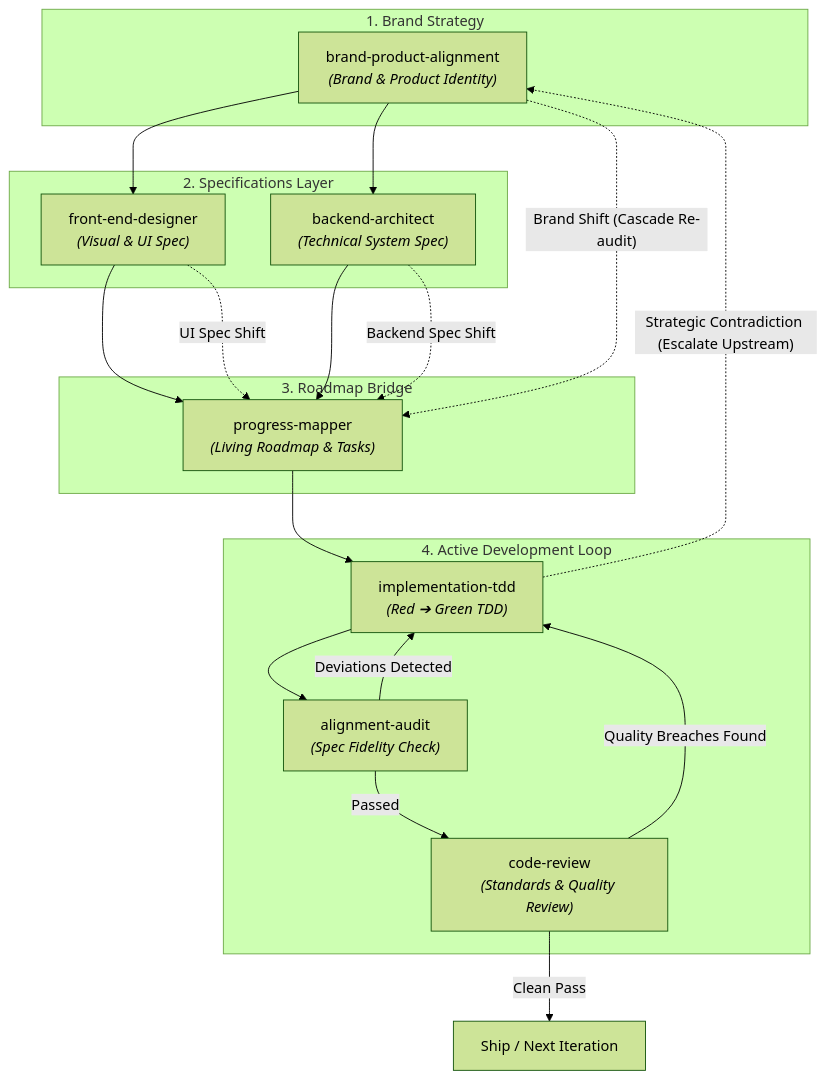
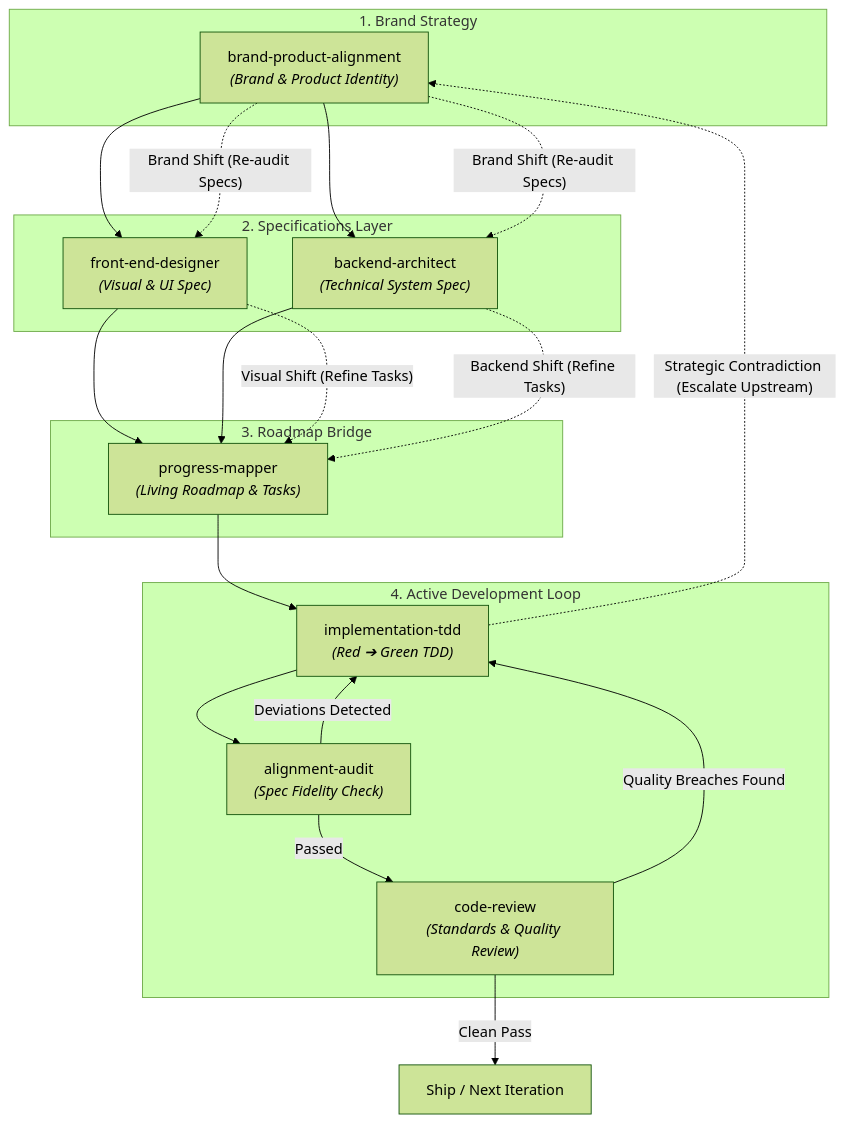
One commit to dimsedra/moatcraft-skills changed the diagram in .agents/skills/agentic-dev-loop/SKILL.md. Above: the diagram before and after it, drawn with Mermaid (forest theme). The commit also changed other lines of this file and 1 other file, not shown here.

Commit message:
fix: correct Brand Shift cascade target in Mermaid flowchart to flow to Front-End and Back-End specs first before Progress Mapper

````diff
--- a/.agents/skills/agentic-dev-loop/SKILL.md
+++ b/.agents/skills/agentic-dev-loop/SKILL.md
@@ -14,43 +14,46 @@
 ```mermaid
 flowchart TD
     subgraph Layer1 ["1. Brand Strategy"]
         A["brand-product-alignment<br/><i>(Brand & Product Identity)</i>"]
     end
 
     subgraph Layer2 ["2. Specifications Layer"]
         B1["front-end-designer<br/><i>(Visual & UI Spec)</i>"]
         B2["backend-architect<br/><i>(Technical System Spec)</i>"]
     end
 
     subgraph Layer3 ["3. Roadmap Bridge"]
         MAP["progress-mapper<br/><i>(Living Roadmap & Tasks)</i>"]
     end
 
     subgraph Layer4 ["4. Active Development Loop"]
         TDD["implementation-tdd<br/><i>(Red ➔ Green TDD)</i>"]
         AUDIT["alignment-audit<br/><i>(Spec Fidelity Check)</i>"]
         REVIEW["code-review<br/><i>(Standards & Quality Review)</i>"]
     end
 
     SHIP["Ship / Next Iteration"]
 
     %% Primary Downstream Flow
     A --> B1
     A --> B2
     B1 --> MAP
     B2 --> MAP
     MAP --> TDD
 
     %% Active Inner Loop
     TDD --> AUDIT
     AUDIT -- "Deviations Detected" --> TDD
     AUDIT -- "Passed" --> REVIEW
     REVIEW -- "Quality Breaches Found" --> TDD
     REVIEW -- "Clean Pass" --> SHIP
 
-    %% Upstream Cascade & Escalation
-    A -. "Brand Shift (Cascade Re-audit)" .-> MAP
-    B1 -. "UI Spec Shift" .-> MAP
-    B2 -. "Backend Spec Shift" .-> MAP
+    %% Mid-Flight Cascade Re-audit (Brand Shift -> Front-End & Back-End -> Progress Mapper)
+    A -. "Brand Shift (Re-audit Specs)" .-> B1
+    A -. "Brand Shift (Re-audit Specs)" .-> B2
+    B1 -. "Visual Shift (Refine Tasks)" .-> MAP
+    B2 -. "Backend Shift (Refine Tasks)" .-> MAP
+
+    %% Bottom-Up Strategic Escalation
     TDD -. "Strategic Contradiction (Escalate Upstream)" .-> A
 ```
````
